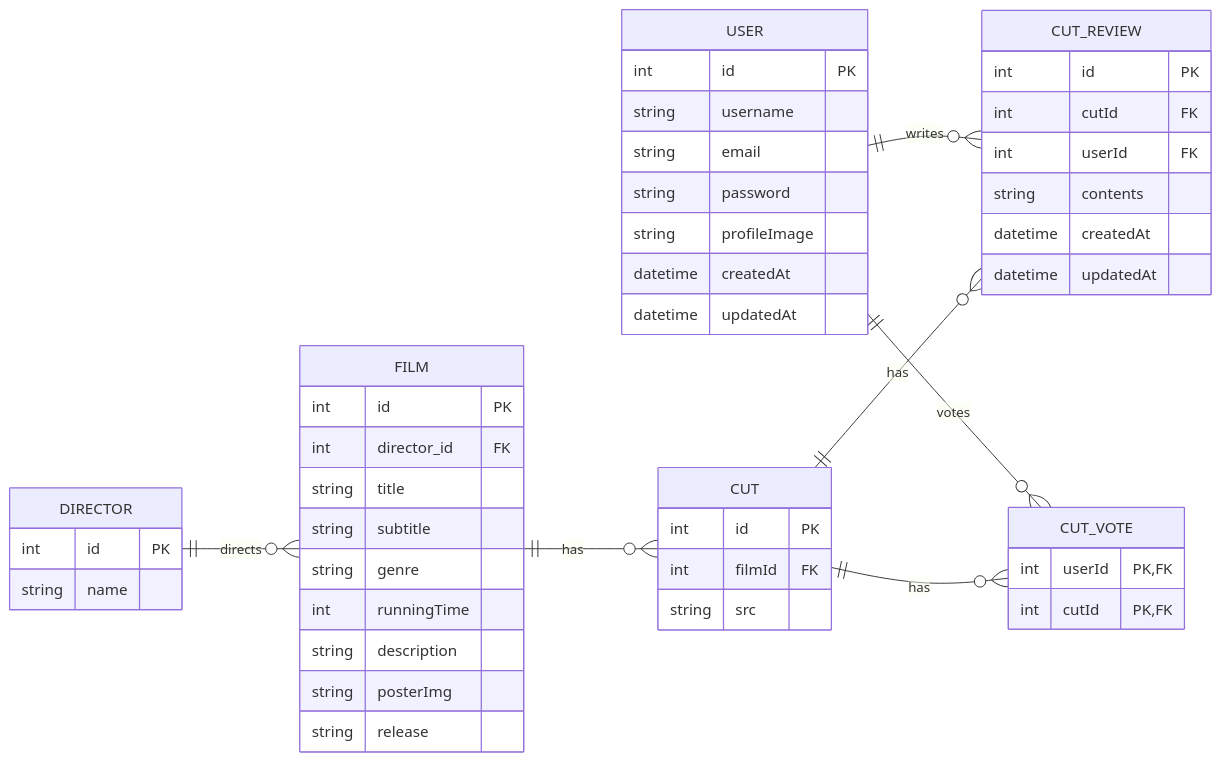
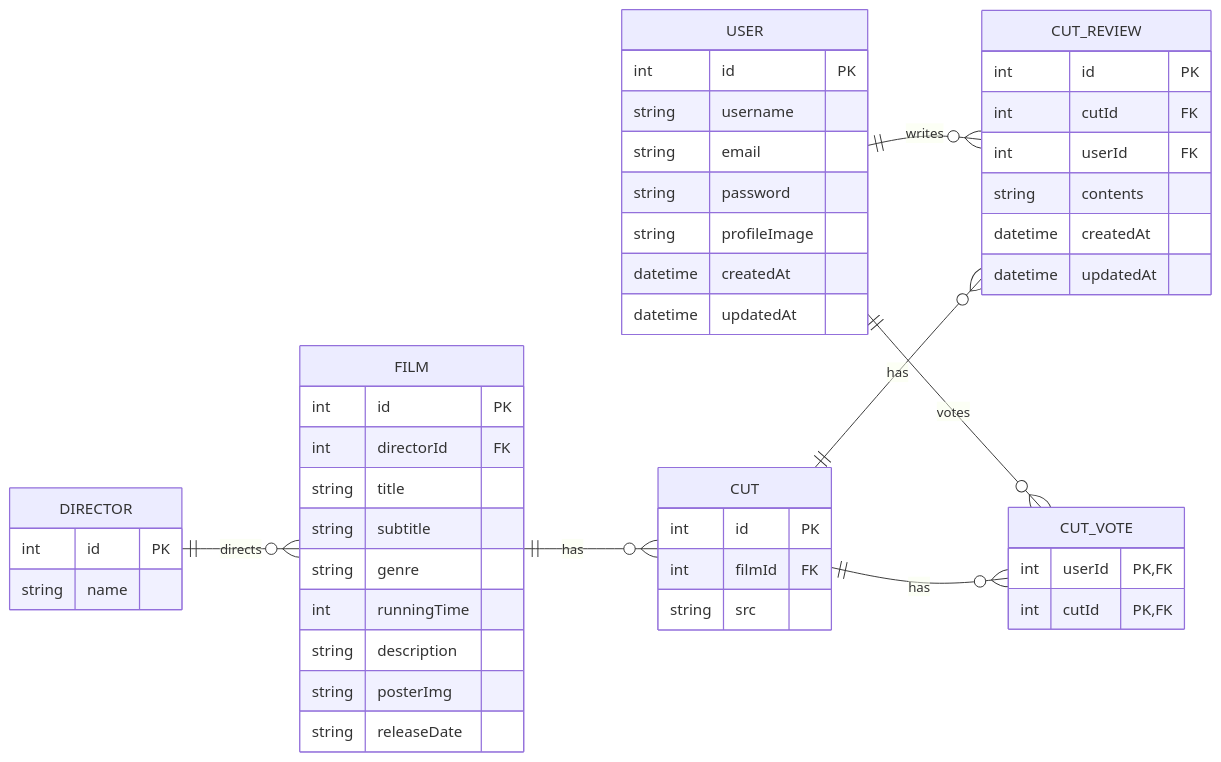
One commit to NarciSource/Ghibli-Films changed the second of 2 diagrams in README.md. Above: the diagram before and after it, drawn with Mermaid. The commit also changed other lines of this file and 1 other file, not shown here.

````diff
--- a/README.md
+++ b/README.md
@@ -95,62 +95,62 @@
 ```mermaid
 erDiagram
     direction LR
 
     FILM {
         int id PK
-        int director_id FK
+        int directorId FK
         string title
         string subtitle
         string genre
         int runningTime
         string description
         string posterImg
-        string release
+        string releaseDate
     }
 
     CUT {
         int id PK
         int filmId FK
         string src
     }
 
     CUT_REVIEW {
         int id PK
         int cutId FK
         int userId FK
         string contents
         datetime createdAt
         datetime updatedAt
     }
 
     CUT_VOTE {
         int userId PK, FK
         int cutId PK, FK
     }
 
     USER {
         int id PK
         string username
         string email
         string password
         string profileImage
         datetime createdAt
         datetime updatedAt
     }
 
     DIRECTOR {
         int id PK
         string name
     }
 
     %% 관계 정의
     DIRECTOR ||--o{ FILM : "directs"
 
     FILM ||--o{ CUT : "has"
 
     USER ||--o{ CUT_REVIEW : "writes"
     USER ||--o{ CUT_VOTE : "votes"
 
     CUT ||--o{ CUT_REVIEW : "has"
     CUT ||--o{ CUT_VOTE : "has"
 ```
````
